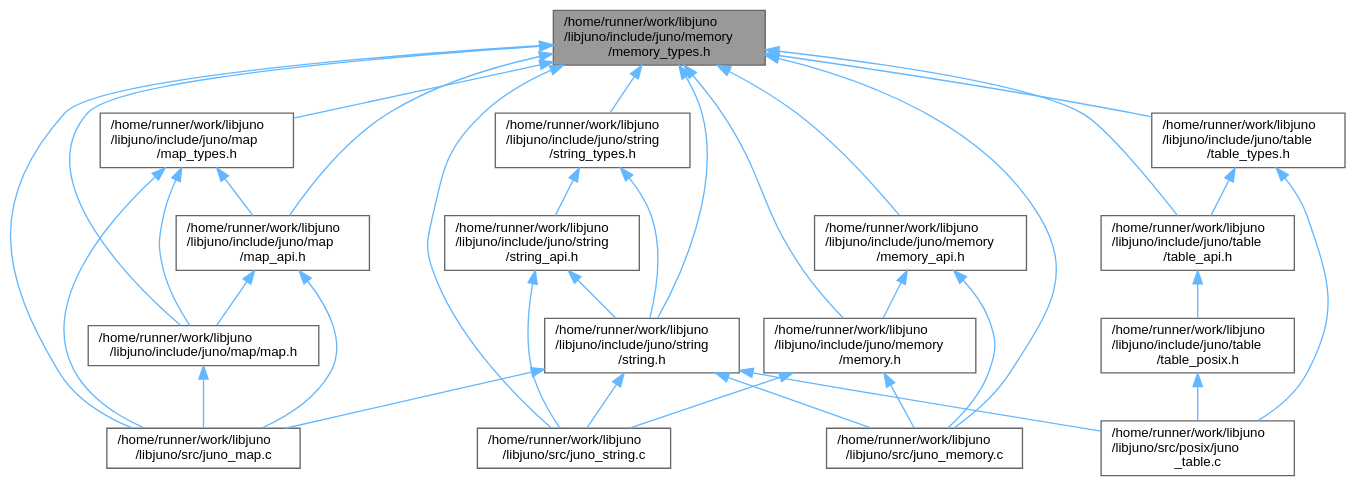
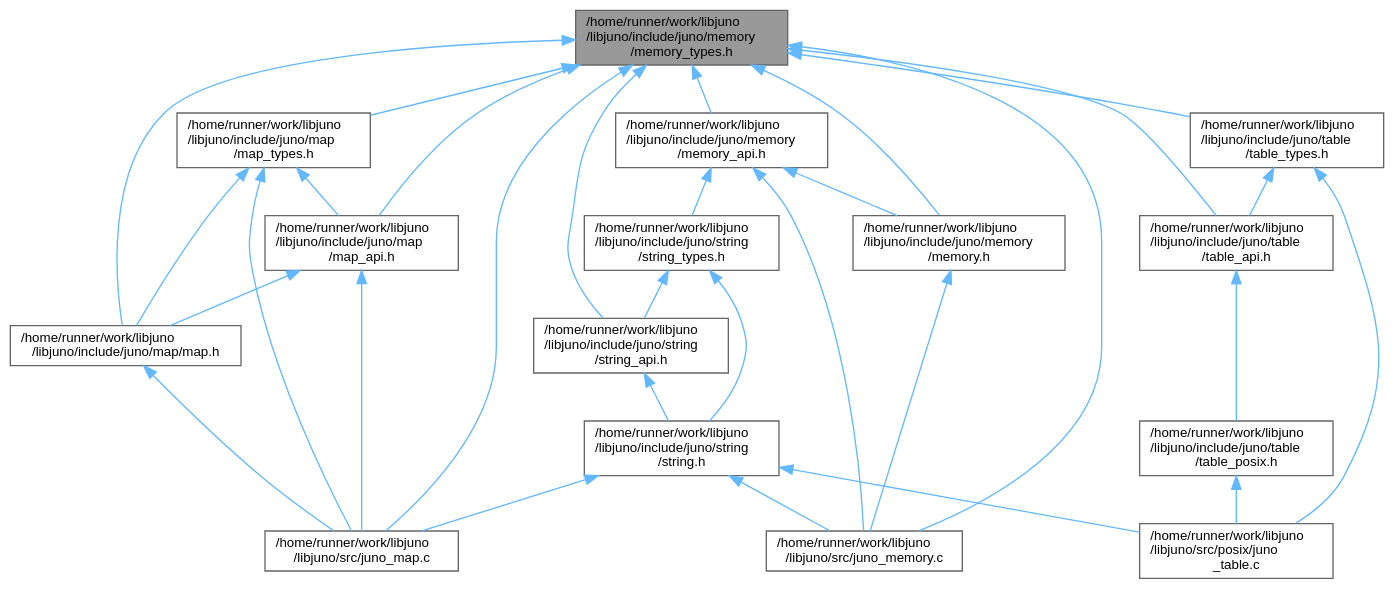
The diagram in memory__types_8h__dep__incl.dot (robinonsay/libjuno), drawn with Graphviz before and after one commit. The commit also changed 164 other files, not shown here.

```diff
--- a/memory__types_8h__dep__incl.dot
+++ b/memory__types_8h__dep__incl.dot
@@ -1,57 +1,52 @@
 digraph "/home/runner/work/libjuno/libjuno/include/juno/memory/memory_types.h"
 {
  // LATEX_PDF_SIZE
   bgcolor="transparent";
   edge [fontname=Helvetica,fontsize=10,labelfontname=Helvetica,labelfontsize=10];
   node [fontname=Helvetica,fontsize=10,shape=box,height=0.2,width=0.4];
   Node1 [id="Node000001",label="/home/runner/work/libjuno\l/libjuno/include/juno/memory\l/memory_types.h",height=0.2,width=0.4,color="gray40", fillcolor="grey60", style="filled", fontcolor="black",tooltip=" "];
   Node1 -> Node2 [id="edge1_Node000001_Node000002",dir="back",color="steelblue1",style="solid",tooltip=" "];
   Node2 [id="Node000002",label="/home/runner/work/libjuno\l/libjuno/include/juno/map/map.h",height=0.2,width=0.4,color="grey40", fillcolor="white", style="filled",URL="$map_8h.html",tooltip=" "];
   Node2 -> Node3 [id="edge2_Node000002_Node000003",dir="back",color="steelblue1",style="solid",tooltip=" "];
   Node3 [id="Node000003",label="/home/runner/work/libjuno\l/libjuno/src/juno_map.c",height=0.2,width=0.4,color="grey40", fillcolor="white", style="filled",URL="$juno__map_8c.html",tooltip=" "];
   Node1 -> Node4 [id="edge3_Node000001_Node000004",dir="back",color="steelblue1",style="solid",tooltip=" "];
   Node4 [id="Node000004",label="/home/runner/work/libjuno\l/libjuno/include/juno/map\l/map_api.h",height=0.2,width=0.4,color="grey40", fillcolor="white", style="filled",URL="$map__api_8h.html",tooltip=" "];
   Node4 -> Node2 [id="edge4_Node000004_Node000002",dir="back",color="steelblue1",style="solid",tooltip=" "];
   Node4 -> Node3 [id="edge5_Node000004_Node000003",dir="back",color="steelblue1",style="solid",tooltip=" "];
   Node1 -> Node5 [id="edge6_Node000001_Node000005",dir="back",color="steelblue1",style="solid",tooltip=" "];
   Node5 [id="Node000005",label="/home/runner/work/libjuno\l/libjuno/include/juno/map\l/map_types.h",height=0.2,width=0.4,color="grey40", fillcolor="white", style="filled",URL="$map__types_8h.html",tooltip=" "];
   Node5 -> Node2 [id="edge7_Node000005_Node000002",dir="back",color="steelblue1",style="solid",tooltip=" "];
   Node5 -> Node4 [id="edge8_Node000005_Node000004",dir="back",color="steelblue1",style="solid",tooltip=" "];
   Node5 -> Node3 [id="edge9_Node000005_Node000003",dir="back",color="steelblue1",style="solid",tooltip=" "];
   Node1 -> Node6 [id="edge10_Node000001_Node000006",dir="back",color="steelblue1",style="solid",tooltip=" "];
   Node6 [id="Node000006",label="/home/runner/work/libjuno\l/libjuno/include/juno/memory\l/memory.h",height=0.2,width=0.4,color="grey40", fillcolor="white", style="filled",URL="$memory_8h.html",tooltip=" "];
   Node6 -> Node7 [id="edge11_Node000006_Node000007",dir="back",color="steelblue1",style="solid",tooltip=" "];
   Node7 [id="Node000007",label="/home/runner/work/libjuno\l/libjuno/src/juno_memory.c",height=0.2,width=0.4,color="grey40", fillcolor="white", style="filled",URL="$juno__memory_8c.html",tooltip=" "];
-  Node6 -> Node8 [id="edge12_Node000006_Node000008",dir="back",color="steelblue1",style="solid",tooltip=" "];
-  Node8 [id="Node000008",label="/home/runner/work/libjuno\l/libjuno/src/juno_string.c",height=0.2,width=0.4,color="grey40", fillcolor="white", style="filled",URL="$juno__string_8c.html",tooltip=" "];
-  Node1 -> Node9 [id="edge13_Node000001_Node000009",dir="back",color="steelblue1",style="solid",tooltip=" "];
-  Node9 [id="Node000009",label="/home/runner/work/libjuno\l/libjuno/include/juno/memory\l/memory_api.h",height=0.2,width=0.4,color="grey40", fillcolor="white", style="filled",URL="$memory__api_8h.html",tooltip=" "];
-  Node9 -> Node6 [id="edge14_Node000009_Node000006",dir="back",color="steelblue1",style="solid",tooltip=" "];
-  Node9 -> Node7 [id="edge15_Node000009_Node000007",dir="back",color="steelblue1",style="solid",tooltip=" "];
-  Node1 -> Node10 [id="edge16_Node000001_Node000010",dir="back",color="steelblue1",style="solid",tooltip=" "];
+  Node1 -> Node8 [id="edge12_Node000001_Node000008",dir="back",color="steelblue1",style="solid",tooltip=" "];
+  Node8 [id="Node000008",label="/home/runner/work/libjuno\l/libjuno/include/juno/memory\l/memory_api.h",height=0.2,width=0.4,color="grey40", fillcolor="white", style="filled",URL="$memory__api_8h.html",tooltip=" "];
+  Node8 -> Node6 [id="edge13_Node000008_Node000006",dir="back",color="steelblue1",style="solid",tooltip=" "];
+  Node8 -> Node9 [id="edge14_Node000008_Node000009",dir="back",color="steelblue1",style="solid",tooltip=" "];
+  Node9 [id="Node000009",label="/home/runner/work/libjuno\l/libjuno/include/juno/string\l/string_types.h",height=0.2,width=0.4,color="grey40", fillcolor="white", style="filled",URL="$string__types_8h.html",tooltip=" "];
+  Node9 -> Node10 [id="edge15_Node000009_Node000010",dir="back",color="steelblue1",style="solid",tooltip=" "];
   Node10 [id="Node000010",label="/home/runner/work/libjuno\l/libjuno/include/juno/string\l/string.h",height=0.2,width=0.4,color="grey40", fillcolor="white", style="filled",URL="$string_8h.html",tooltip=" "];
-  Node10 -> Node3 [id="edge17_Node000010_Node000003",dir="back",color="steelblue1",style="solid",tooltip=" "];
-  Node10 -> Node7 [id="edge18_Node000010_Node000007",dir="back",color="steelblue1",style="solid",tooltip=" "];
-  Node10 -> Node8 [id="edge19_Node000010_Node000008",dir="back",color="steelblue1",style="solid",tooltip=" "];
-  Node10 -> Node11 [id="edge20_Node000010_Node000011",dir="back",color="steelblue1",style="solid",tooltip=" "];
+  Node10 -> Node3 [id="edge16_Node000010_Node000003",dir="back",color="steelblue1",style="solid",tooltip=" "];
+  Node10 -> Node7 [id="edge17_Node000010_Node000007",dir="back",color="steelblue1",style="solid",tooltip=" "];
+  Node10 -> Node11 [id="edge18_Node000010_Node000011",dir="back",color="steelblue1",style="solid",tooltip=" "];
   Node11 [id="Node000011",label="/home/runner/work/libjuno\l/libjuno/src/posix/juno\l_table.c",height=0.2,width=0.4,color="grey40", fillcolor="white", style="filled",URL="$juno__table_8c.html",tooltip=" "];
-  Node1 -> Node12 [id="edge21_Node000001_Node000012",dir="back",color="steelblue1",style="solid",tooltip=" "];
-  Node12 [id="Node000012",label="/home/runner/work/libjuno\l/libjuno/include/juno/string\l/string_types.h",height=0.2,width=0.4,color="grey40", fillcolor="white", style="filled",URL="$string__types_8h.html",tooltip=" "];
-  Node12 -> Node10 [id="edge22_Node000012_Node000010",dir="back",color="steelblue1",style="solid",tooltip=" "];
-  Node12 -> Node13 [id="edge23_Node000012_Node000013",dir="back",color="steelblue1",style="solid",tooltip=" "];
-  Node13 [id="Node000013",label="/home/runner/work/libjuno\l/libjuno/include/juno/string\l/string_api.h",height=0.2,width=0.4,color="grey40", fillcolor="white", style="filled",URL="$string__api_8h.html",tooltip=" "];
-  Node13 -> Node10 [id="edge24_Node000013_Node000010",dir="back",color="steelblue1",style="solid",tooltip=" "];
-  Node13 -> Node8 [id="edge25_Node000013_Node000008",dir="back",color="steelblue1",style="solid",tooltip=" "];
-  Node1 -> Node14 [id="edge26_Node000001_Node000014",dir="back",color="steelblue1",style="solid",tooltip=" "];
-  Node14 [id="Node000014",label="/home/runner/work/libjuno\l/libjuno/include/juno/table\l/table_api.h",height=0.2,width=0.4,color="grey40", fillcolor="white", style="filled",URL="$table__api_8h.html",tooltip=" "];
-  Node14 -> Node15 [id="edge27_Node000014_Node000015",dir="back",color="steelblue1",style="solid",tooltip=" "];
-  Node15 [id="Node000015",label="/home/runner/work/libjuno\l/libjuno/include/juno/table\l/table_posix.h",height=0.2,width=0.4,color="grey40", fillcolor="white", style="filled",URL="$table__posix_8h.html",tooltip=" "];
+  Node9 -> Node12 [id="edge19_Node000009_Node000012",dir="back",color="steelblue1",style="solid",tooltip=" "];
+  Node12 [id="Node000012",label="/home/runner/work/libjuno\l/libjuno/include/juno/string\l/string_api.h",height=0.2,width=0.4,color="grey40", fillcolor="white", style="filled",URL="$string__api_8h.html",tooltip=" "];
+  Node12 -> Node10 [id="edge20_Node000012_Node000010",dir="back",color="steelblue1",style="solid",tooltip=" "];
+  Node8 -> Node7 [id="edge21_Node000008_Node000007",dir="back",color="steelblue1",style="solid",tooltip=" "];
+  Node1 -> Node12 [id="edge22_Node000001_Node000012",dir="back",color="steelblue1",style="solid",tooltip=" "];
+  Node1 -> Node13 [id="edge23_Node000001_Node000013",dir="back",color="steelblue1",style="solid",tooltip=" "];
+  Node13 [id="Node000013",label="/home/runner/work/libjuno\l/libjuno/include/juno/table\l/table_api.h",height=0.2,width=0.4,color="grey40", fillcolor="white", style="filled",URL="$table__api_8h.html",tooltip=" "];
+  Node13 -> Node14 [id="edge24_Node000013_Node000014",dir="back",color="steelblue1",style="solid",tooltip=" "];
+  Node14 [id="Node000014",label="/home/runner/work/libjuno\l/libjuno/include/juno/table\l/table_posix.h",height=0.2,width=0.4,color="grey40", fillcolor="white", style="filled",URL="$table__posix_8h.html",tooltip=" "];
+  Node14 -> Node11 [id="edge25_Node000014_Node000011",dir="back",color="steelblue1",style="solid",tooltip=" "];
+  Node1 -> Node15 [id="edge26_Node000001_Node000015",dir="back",color="steelblue1",style="solid",tooltip=" "];
+  Node15 [id="Node000015",label="/home/runner/work/libjuno\l/libjuno/include/juno/table\l/table_types.h",height=0.2,width=0.4,color="grey40", fillcolor="white", style="filled",URL="$table__types_8h.html",tooltip=" "];
+  Node15 -> Node13 [id="edge27_Node000015_Node000013",dir="back",color="steelblue1",style="solid",tooltip=" "];
   Node15 -> Node11 [id="edge28_Node000015_Node000011",dir="back",color="steelblue1",style="solid",tooltip=" "];
-  Node1 -> Node16 [id="edge29_Node000001_Node000016",dir="back",color="steelblue1",style="solid",tooltip=" "];
-  Node16 [id="Node000016",label="/home/runner/work/libjuno\l/libjuno/include/juno/table\l/table_types.h",height=0.2,width=0.4,color="grey40", fillcolor="white", style="filled",URL="$table__types_8h.html",tooltip=" "];
-  Node16 -> Node14 [id="edge30_Node000016_Node000014",dir="back",color="steelblue1",style="solid",tooltip=" "];
-  Node16 -> Node11 [id="edge31_Node000016_Node000011",dir="back",color="steelblue1",style="solid",tooltip=" "];
-  Node1 -> Node3 [id="edge32_Node000001_Node000003",dir="back",color="steelblue1",style="solid",tooltip=" "];
-  Node1 -> Node7 [id="edge33_Node000001_Node000007",dir="back",color="steelblue1",style="solid",tooltip=" "];
-  Node1 -> Node8 [id="edge34_Node000001_Node000008",dir="back",color="steelblue1",style="solid",tooltip=" "];
+  Node1 -> Node3 [id="edge29_Node000001_Node000003",dir="back",color="steelblue1",style="solid",tooltip=" "];
+  Node1 -> Node7 [id="edge30_Node000001_Node000007",dir="back",color="steelblue1",style="solid",tooltip=" "];
 }
```
